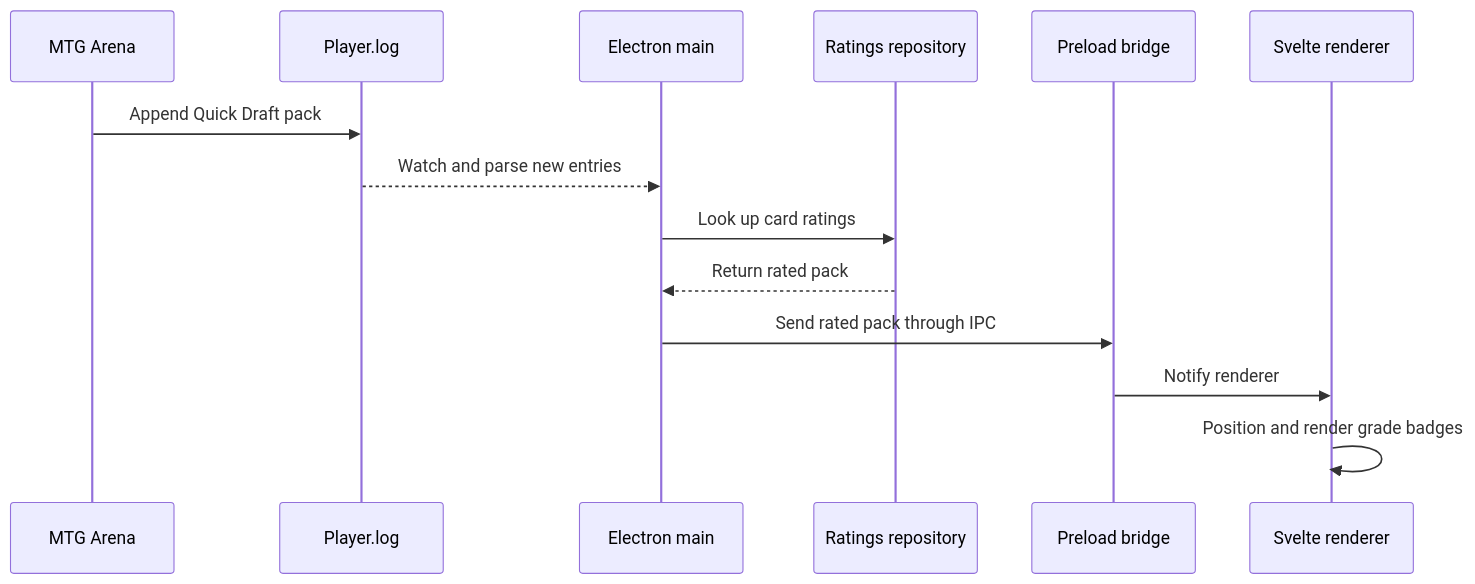
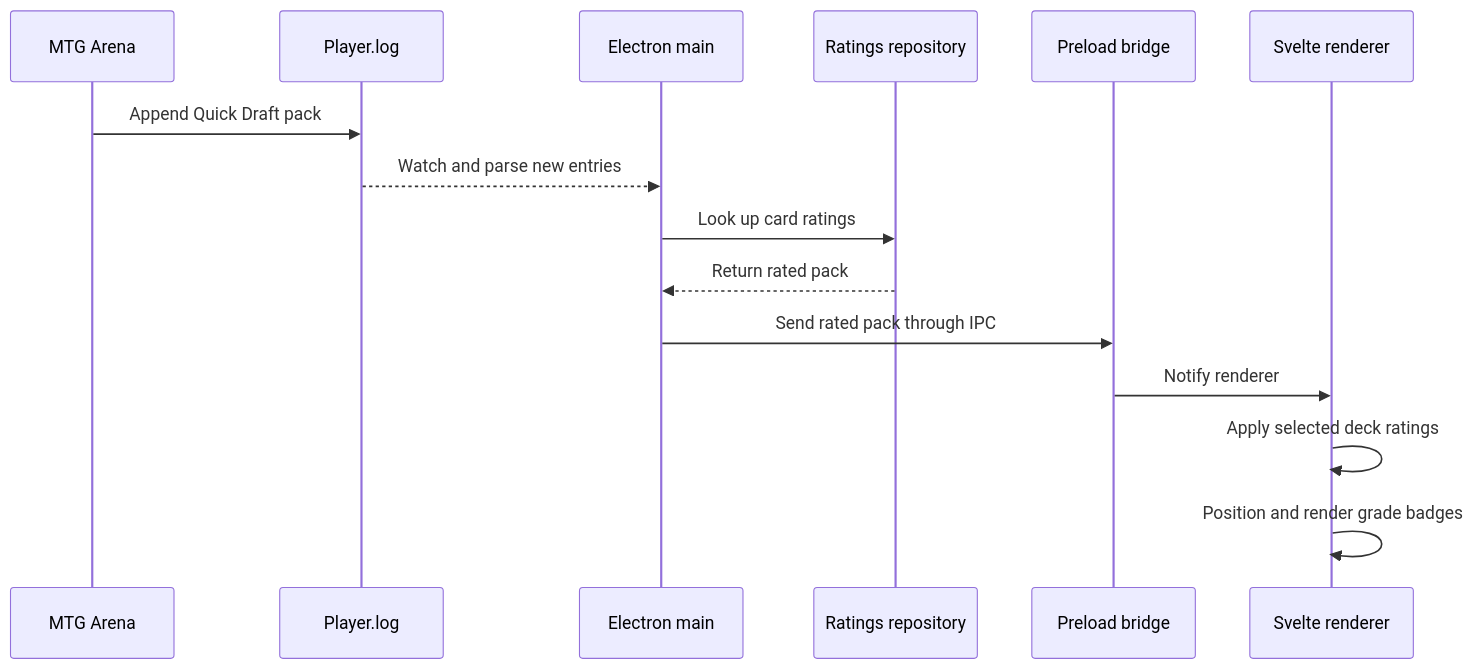
One commit to ratek-20/17-buddy changed the diagram in README.md. Above: the diagram before and after it, drawn with Mermaid. The commit also changed other lines of this file and 10 other files, not shown here.

````diff
--- a/README.md
+++ b/README.md
@@ -75,17 +77,18 @@
 ```mermaid
 sequenceDiagram
     participant Arena as MTG Arena
     participant Log as Player.log
     participant Main as Electron main
     participant Ratings as Ratings repository
     participant Preload as Preload bridge
     participant UI as Svelte renderer
 
     Arena->>Log: Append Quick Draft pack
     Log-->>Main: Watch and parse new entries
     Main->>Ratings: Look up card ratings
     Ratings-->>Main: Return rated pack
     Main->>Preload: Send rated pack through IPC
     Preload->>UI: Notify renderer
+    UI->>UI: Apply selected deck ratings
     UI->>UI: Position and render grade badges
 ```
````
